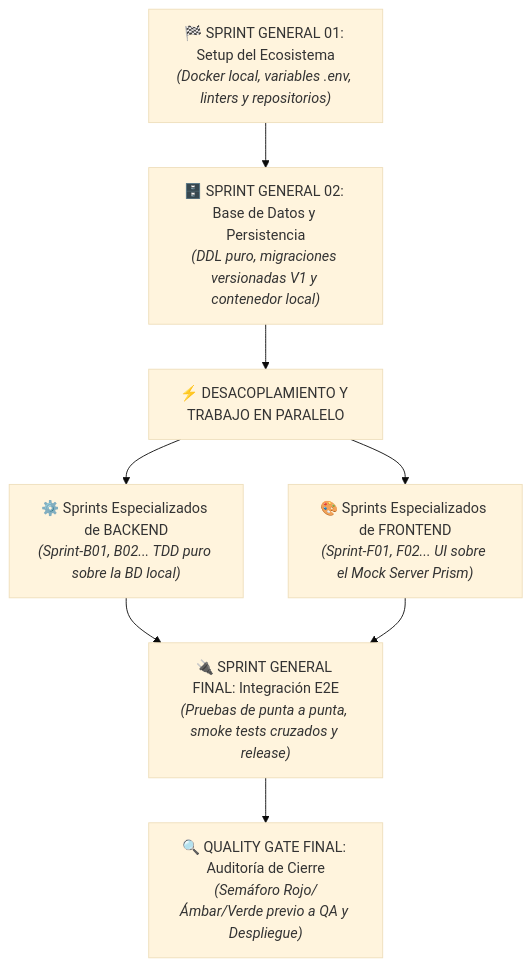
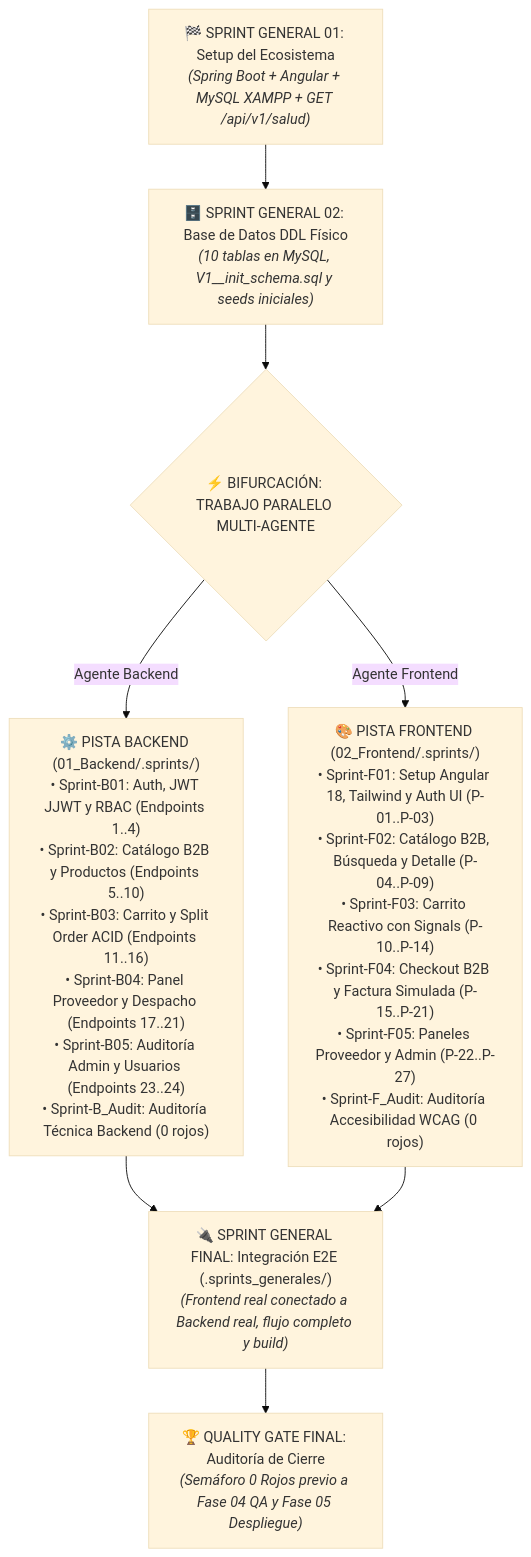
Before and after one commit to SaraviaH/backend_integrador_web: the diagram in documentacion/03_Fase_Construccion_y_Desarrollo/README.md, drawn with Mermaid (base theme). The commit also changed other lines of this file and 34 other files, not shown here.

Commit message:
docs(fase3): formalizar plan multi-agente desacoplado de construccion y desarrollo

````diff
--- a/documentacion/03_Fase_Construccion_y_Desarrollo/README.md
+++ b/documentacion/03_Fase_Construccion_y_Desarrollo/README.md
@@ -22,14 +32,15 @@
 ```mermaid
 flowchart TD
-    G1["🏁 SPRINT GENERAL 01: Setup del Ecosistema<br/><i>(Docker local, variables .env, linters y repositorios)</i>"] --> DB["🗄️ SPRINT GENERAL 02: Base de Datos y Persistencia<br/><i>(DDL puro, migraciones versionadas V1 y contenedor local)</i>"]
+    G1["🏁 SPRINT GENERAL 01: Setup del Ecosistema<br/><i>(Spring Boot + Angular + MySQL XAMPP + GET /api/v1/salud)</i>"] --> DB["🗄️ SPRINT GENERAL 02: Base de Datos DDL Físico<br/><i>(10 tablas en MySQL, V1__init_schema.sql y seeds iniciales)</i>"]
     
-    DB --> PARALELO["⚡ DESACOPLAMIENTO Y TRABAJO EN PARALELO"]
+    DB --> BIFURCACION{"⚡ BIFURCACIÓN: TRABAJO PARALELO MULTI-AGENTE"}
     
-    PARALELO --> BACK["⚙️ Sprints Especializados de BACKEND<br/><i>(Sprint-B01, B02... TDD puro sobre la BD local)</i>"]
-    PARALELO --> FRONT["🎨 Sprints Especializados de FRONTEND<br/><i>(Sprint-F01, F02... UI sobre el Mock Server Prism)</i>"]
+    BIFURCACION -->|Agente Backend| BACK["⚙️ PISTA BACKEND (01_Backend/.sprints/)<br/>• Sprint-B01: Auth, JWT JJWT y RBAC (Endpoints 1..4)<br/>• Sprint-B02: Catálogo B2B y Productos (Endpoints 5..10)<br/>• Sprint-B03: Carrito y Split Order ACID (Endpoints 11..16)<br/>• Sprint-B04: Panel Proveedor y Despacho (Endpoints 17..21)<br/>• Sprint-B05: Auditoría Admin y Usuarios (Endpoints 23..24)<br/>• Sprint-B_Audit: Auditoría Técnica Backend (0 rojos)"]
     
-    BACK --> E2E["🔌 SPRINT GENERAL FINAL: Integración E2E<br/><i>(Pruebas de punta a punta, smoke tests cruzados y release)</i>"]
+    BIFURCACION -->|Agente Frontend| FRONT["🎨 PISTA FRONTEND (02_Frontend/.sprints/)<br/>• Sprint-F01: Setup Angular 18, Tailwind y Auth UI (P-01..P-03)<br/>• Sprint-F02: Catálogo B2B, Búsqueda y Detalle (P-04..P-09)<br/>• Sprint-F03: Carrito Reactivo con Signals (P-10..P-14)<br/>• Sprint-F04: Checkout B2B y Factura Simulada (P-15..P-21)<br/>• Sprint-F05: Paneles Proveedor y Admin (P-22..P-27)<br/>• Sprint-F_Audit: Auditoría Accesibilidad WCAG (0 rojos)"]
+    
+    BACK --> E2E["🔌 SPRINT GENERAL FINAL: Integración E2E (.sprints_generales/)<br/><i>(Frontend real conectado a Backend real, flujo completo y build)</i>"]
     FRONT --> E2E
     
-    E2E --> GATE["🔍 QUALITY GATE FINAL: Auditoría de Cierre<br/><i>(Semáforo Rojo/Ámbar/Verde previo a QA y Despliegue)</i>"]
+    E2E --> GATE["🏆 QUALITY GATE FINAL: Auditoría de Cierre<br/><i>(Semáforo 0 Rojos previo a Fase 04 QA y Fase 05 Despliegue)</i>"]
 ```
````
